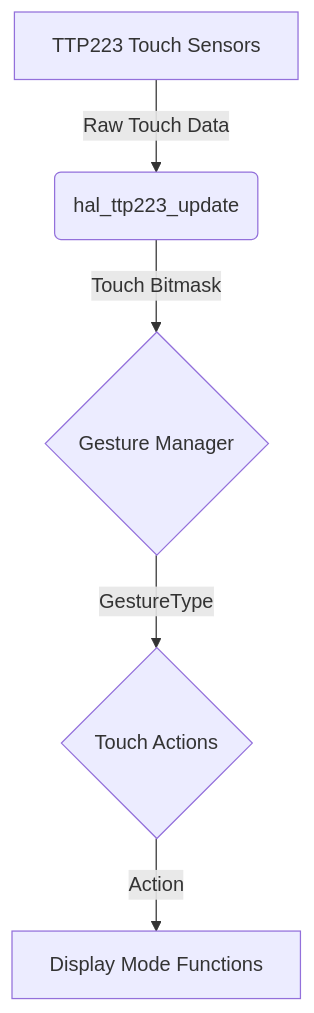
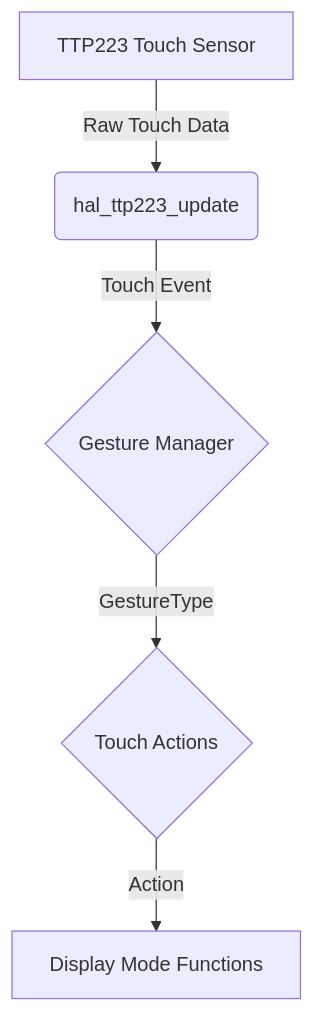
Before and after one commit to sddion/quil: the diagram in docs/GESTURES.md, drawn with Mermaid. The commit also changed other lines of this file and 37 other files, not shown here.

Commit message:
refactor: Simplify TTP223 touch system to a single sensor and reorganize animation files and include paths.

````diff
--- a/docs/GESTURES.md
+++ b/docs/GESTURES.md
@@ -16,7 +16,7 @@
 ```mermaid
 graph TD
-    A[TTP223 Touch Sensors] -->|Raw Touch Data| B(hal_ttp223_update);
-    B -->|Touch Bitmask| C{Gesture Manager};
+    A[TTP223 Touch Sensor] -->|Raw Touch Data| B(hal_ttp223_update);
+    B -->|Touch Event| C{Gesture Manager};
     C -->|GestureType| D{Touch Actions};
     D -->|Action| E[Display Mode Functions];
 ```
````
